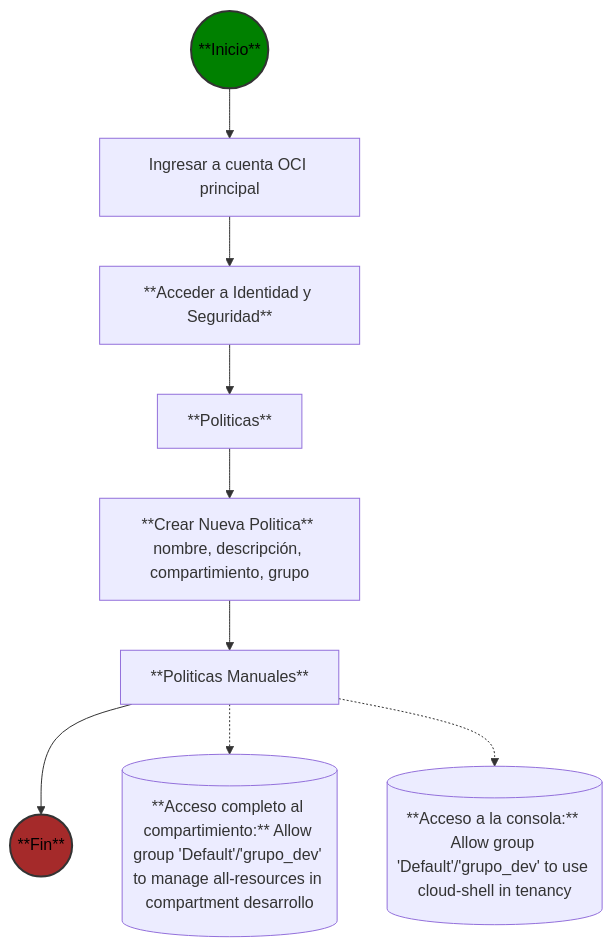
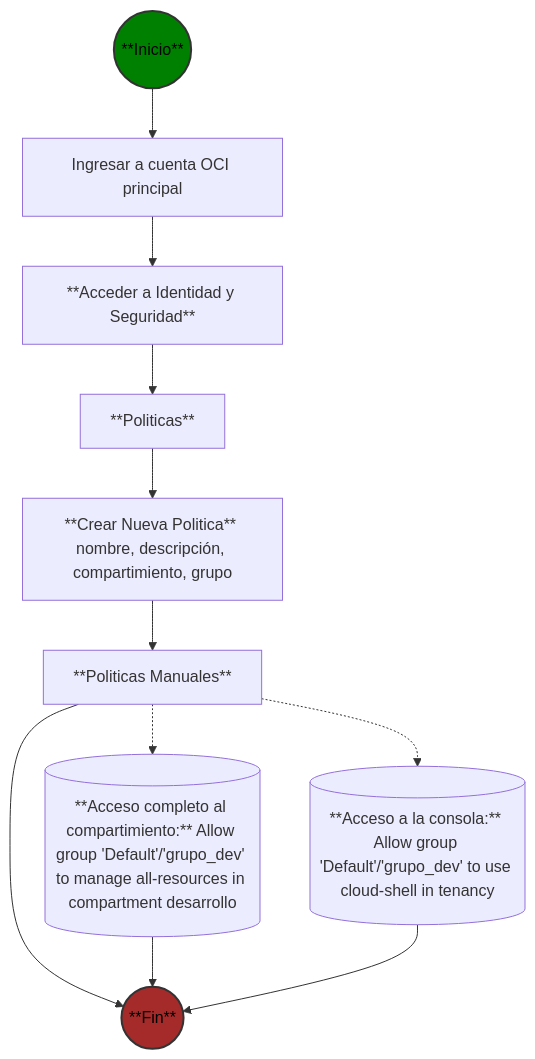
Before and after one commit to sanchezluys/Oracle-Cloud-Infrastructure-ONE: the fifth of 6 diagrams in clases/0.- Diagrama de flujo.md, drawn with Mermaid. The commit also changed other lines of this file, not shown here.

````diff
--- a/clases/0.- Diagrama de flujo.md
+++ b/clases/0.- Diagrama de flujo.md
@@ -152,30 +152,32 @@
 ```mermaid
 flowchart TD
  %% Version 1.0: sanchezluys 2024, crear politica
     inicio((**Inicio**))-->
     ingresaOci[Ingresar a cuenta OCI principal] 
     --> identidadSeguridad[**Acceder a Identidad y Seguridad**]
     --> poli[**Politicas**]
     --> nuevaPoli[**Crear Nueva Politica** nombre, descripción, compartimiento, grupo]
     --> poliManual[**Politicas Manuales**]
     -->finDiagrama((**Fin**))
 
 
     %% Nuevo bloque paralelo con poli1 y poli2
     poliManual -.-> poli1[(**Acceso completo al compartimiento:** Allow group 'Default'/'grupo_dev' to manage all-resources in compartment desarrollo)]
+    -->finDiagrama((**Fin**))
     poliManual -.-> poli2[(**Acceso a la consola:** Allow group 'Default'/'grupo_dev' to use cloud-shell in tenancy)]
+    -->finDiagrama((**Fin**))
 
     %%********************************
     %% Definir una clase para el estilo
     classDef inicio fill:green,stroke:#333,stroke-width:2px, color:#000
     classDef bloque fill:cyan,stroke:#333,stroke-width:2px, color:#000
     classDef condicional fill:yellow,stroke:#333,stroke-width:2px, color:#000
     classDef fin fill:brown,stroke:#333,stroke-width:2px, color:#000
     %%********************************
     %% Aplicar el estilo a varios bloques
     class inicio inicio
     class accederOracle,registrarDatos,verificarCorreo,reintentarRegistro,validarCuenta,reintentarRegistro,seguirRegistro,formDatosPer,formTDC bloque
     class iniciarPrueba,reintentarTDC,cuentaActiva,dobleFactor,crearCuenta bloque
     class correoLlego,aceptaTDC condicional
     class finDiagrama fin
 ```
````
